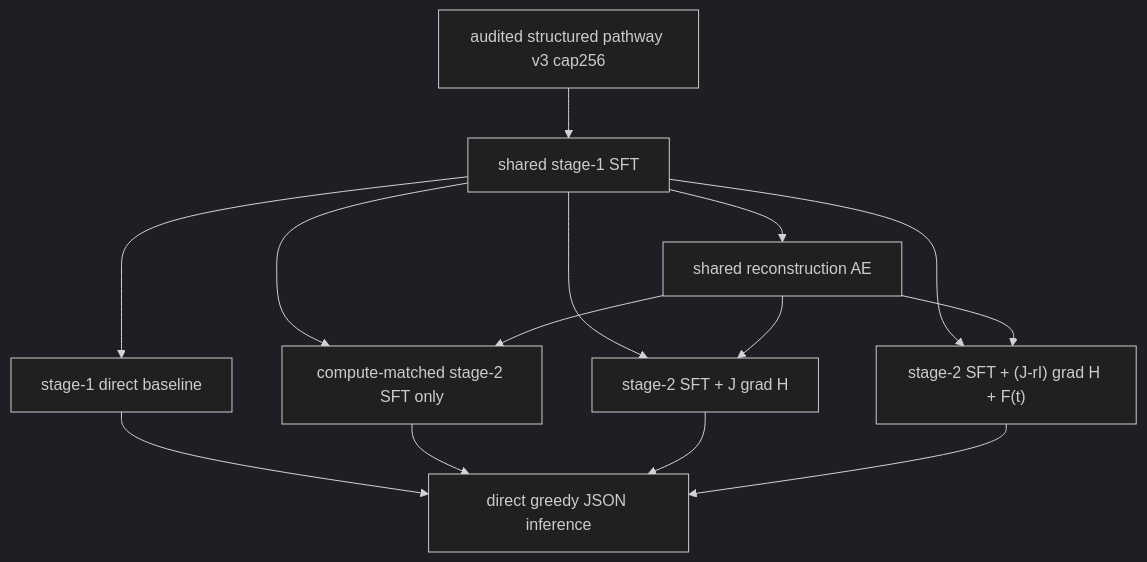
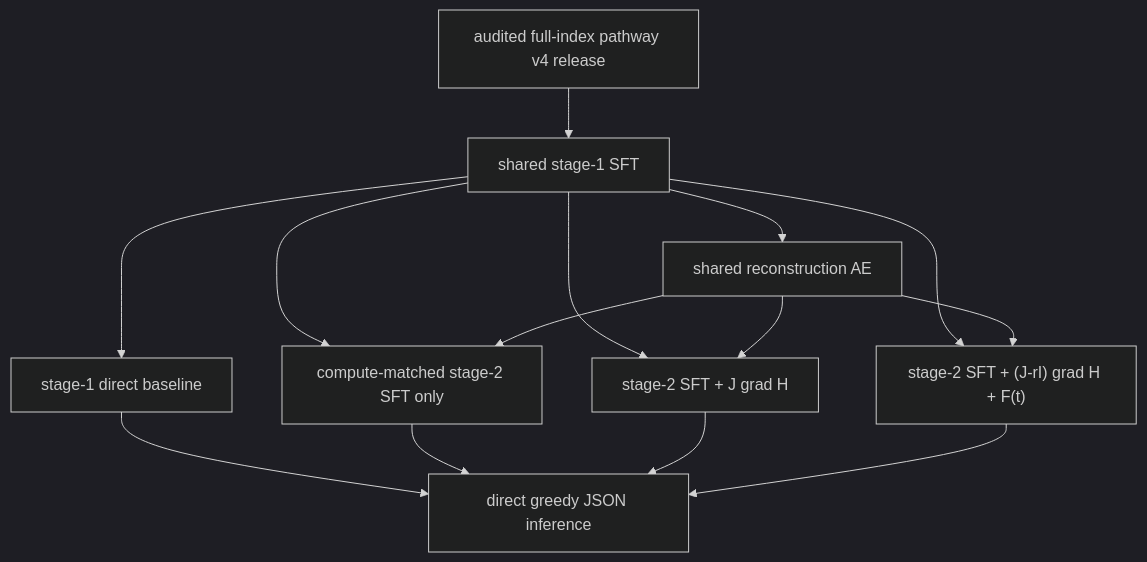
One commit to KingofLaniakea/ChatPathway2 changed the diagram in experiments/TRAINING_MATRIX.md. Above: the diagram before and after it, drawn with Mermaid (dark theme). The commit also changed other lines of this file and 45 other files, not shown here.

Commit message:
build full audited pathway v4 dataset pipeline

````diff
--- a/experiments/TRAINING_MATRIX.md
+++ b/experiments/TRAINING_MATRIX.md
@@ -3,16 +3,16 @@
 ```mermaid
 flowchart TD
-  data["audited structured pathway v3 cap256"] --> sft["shared stage-1 SFT"]
+  data["audited full-index pathway v4 release"] --> sft["shared stage-1 SFT"]
   sft --> ae["shared reconstruction AE"]
   sft --> base["stage-1 direct baseline"]
   sft --> s2["compute-matched stage-2 SFT only"]
   ae --> s2
   sft --> hnn["stage-2 SFT + J grad H"]
   ae --> hnn
   sft --> fdh["stage-2 SFT + (J-rI) grad H + F(t)"]
   ae --> fdh
   base --> direct["direct greedy JSON inference"]
   s2 --> direct
   hnn --> direct
   fdh --> direct
 ```
````
